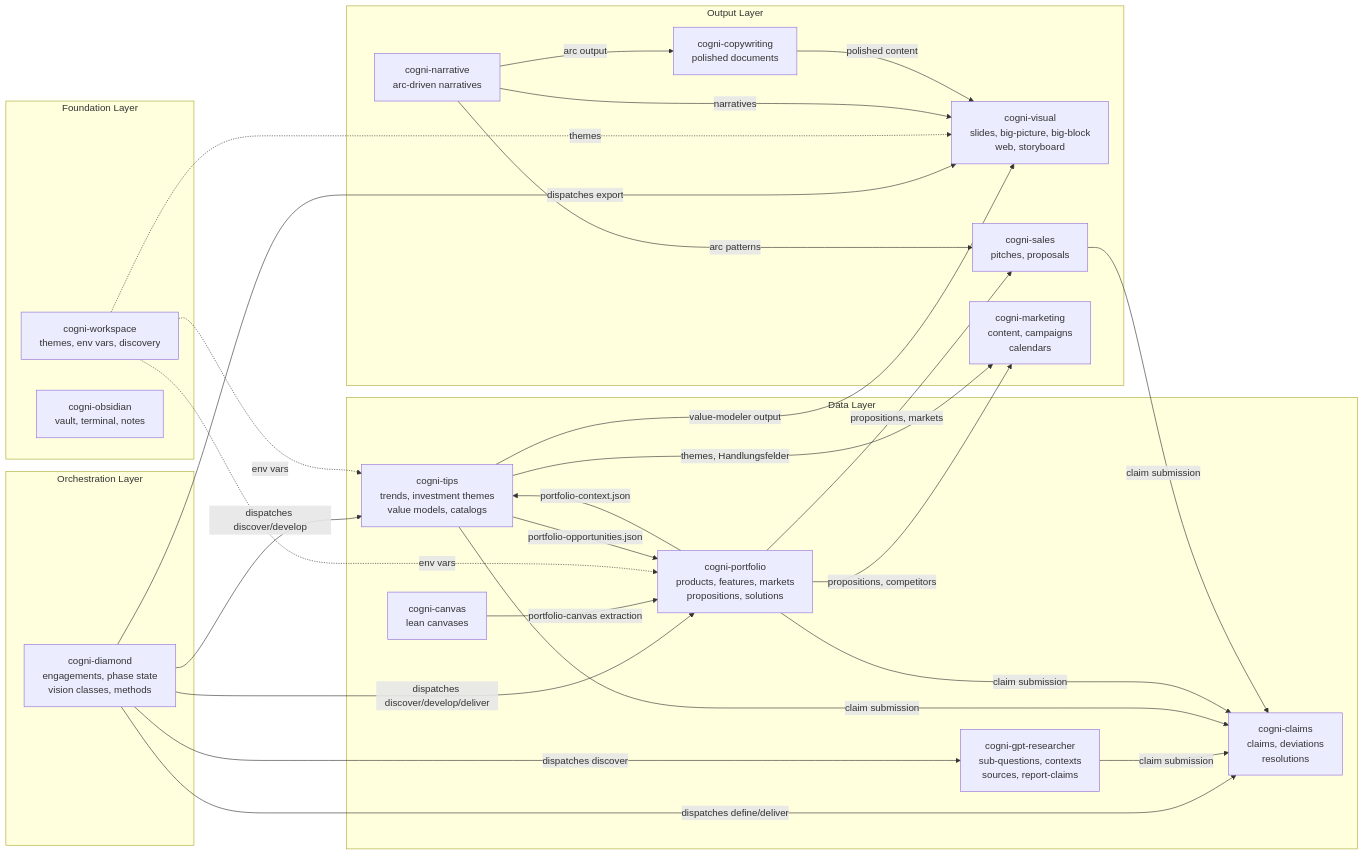
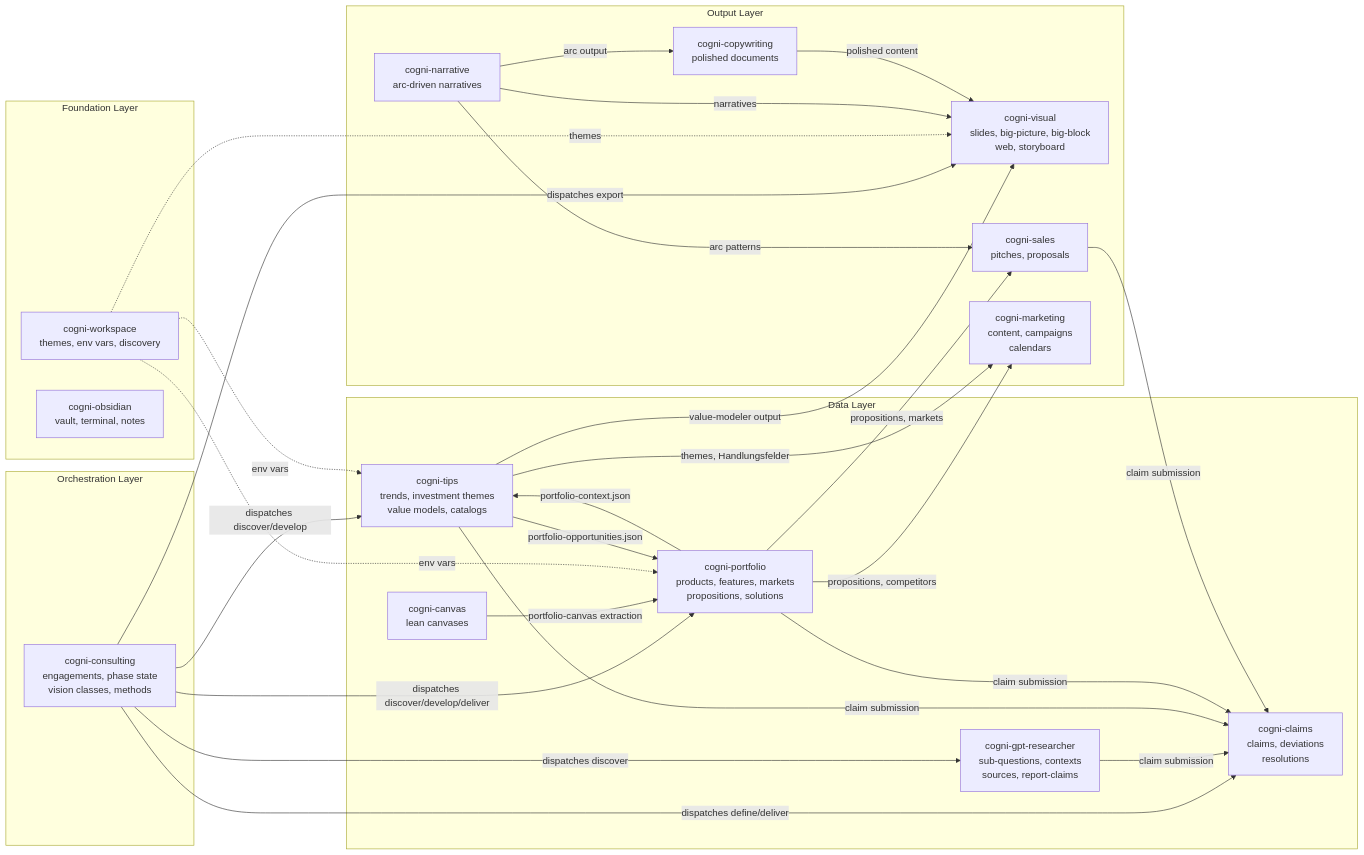
The diagram in docs/er-diagram.md (cogni-work/insight-wave), drawn with Mermaid before and after one commit. The commit also changed other lines of this file and 136 other files, not shown here.

First line of the commit message:
rename(cogni-diamond): rename plugin to cogni-consulting

````diff
--- a/docs/er-diagram.md
+++ b/docs/er-diagram.md
@@ -7,68 +7,68 @@
 ```mermaid
 graph LR
     subgraph Orchestration["Orchestration Layer"]
-        DM[cogni-diamond<br/>engagements, phase state<br/>vision classes, methods]
+        DM[cogni-consulting<br/>engagements, phase state<br/>vision classes, methods]
     end
 
     subgraph Foundation["Foundation Layer"]
         WS[cogni-workspace<br/>themes, env vars, discovery]
         OB[cogni-obsidian<br/>vault, terminal, notes]
     end
 
     subgraph Data["Data Layer"]
         CV[cogni-canvas<br/>lean canvases]
         PF[cogni-portfolio<br/>products, features, markets<br/>propositions, solutions]
         TI[cogni-tips<br/>trends, investment themes<br/>value models, catalogs]
         GR[cogni-gpt-researcher<br/>sub-questions, contexts<br/>sources, report-claims]
         CL[cogni-claims<br/>claims, deviations<br/>resolutions]
     end
 
     subgraph Output["Output Layer"]
         NA[cogni-narrative<br/>arc-driven narratives]
         CW[cogni-copywriting<br/>polished documents]
         VI[cogni-visual<br/>slides, big-picture, big-block<br/>web, storyboard]
         SA[cogni-sales<br/>pitches, proposals]
         MK[cogni-marketing<br/>content, campaigns<br/>calendars]
     end
 
     %% Orchestration → Data + Output (diamond dispatches)
     DM -->|dispatches discover| GR
     DM -->|dispatches discover/develop| TI
     DM -->|dispatches discover/develop/deliver| PF
     DM -->|dispatches define/deliver| CL
     DM -->|dispatches export| VI
 
     %% Canvas → Portfolio
     CV -->|portfolio-canvas extraction| PF
 
     %% Foundation → All
     WS -.->|themes| VI
     WS -.->|env vars| PF
     WS -.->|env vars| TI
 
     %% Portfolio ↔ TIPS (bidirectional)
     PF -->|portfolio-context.json| TI
     TI -->|portfolio-opportunities.json| PF
 
     %% Data → Claims (verification)
     GR -->|claim submission| CL
     TI -->|claim submission| CL
     PF -->|claim submission| CL
     SA -->|claim submission| CL
 
     %% Portfolio → Output
     PF -->|propositions, markets| SA
     PF -->|propositions, competitors| MK
 
     %% TIPS → Output
     TI -->|themes, Handlungsfelder| MK
     TI -->|value-modeler output| VI
 
     %% Narrative pipeline
     NA -->|arc output| CW
     NA -->|arc patterns| SA
     NA -->|narratives| VI
     CW -->|polished content| VI
 
     %% Teacher (standalone, not shown — teaches all plugins)
 ```
````
